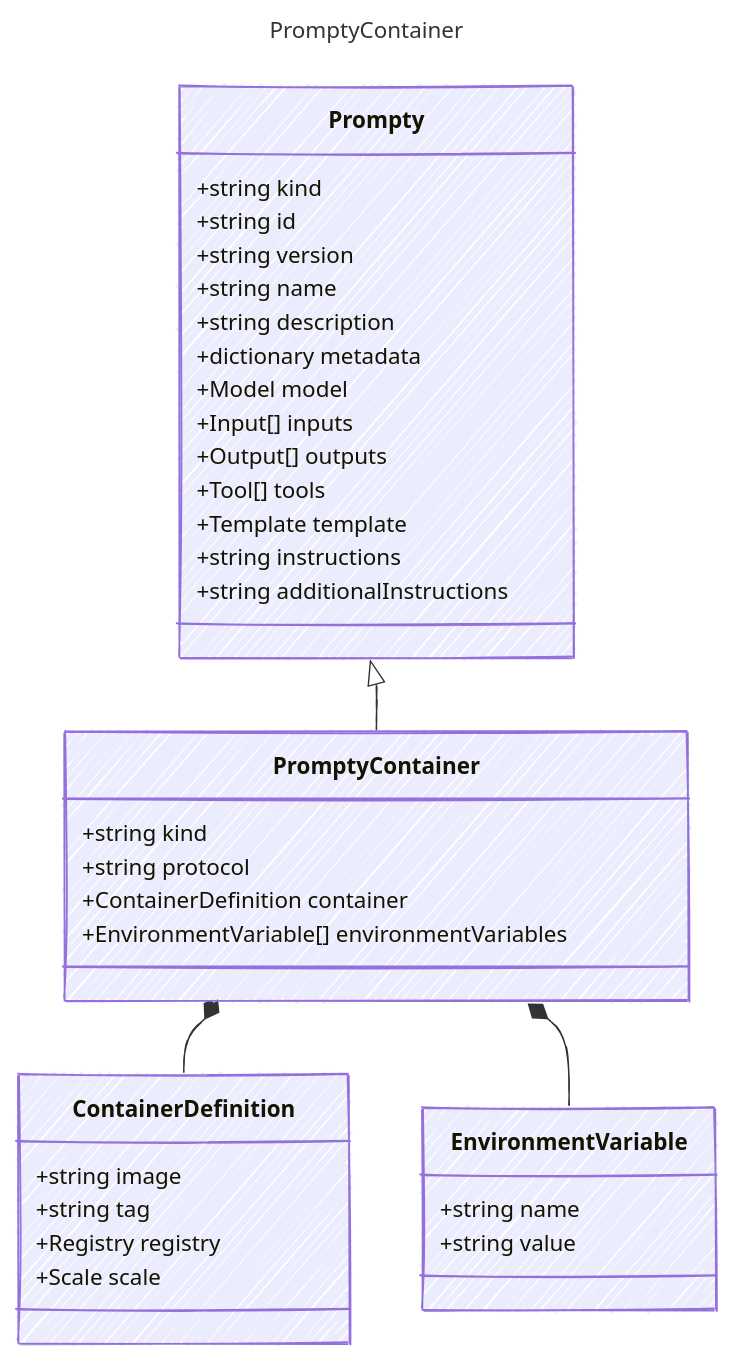
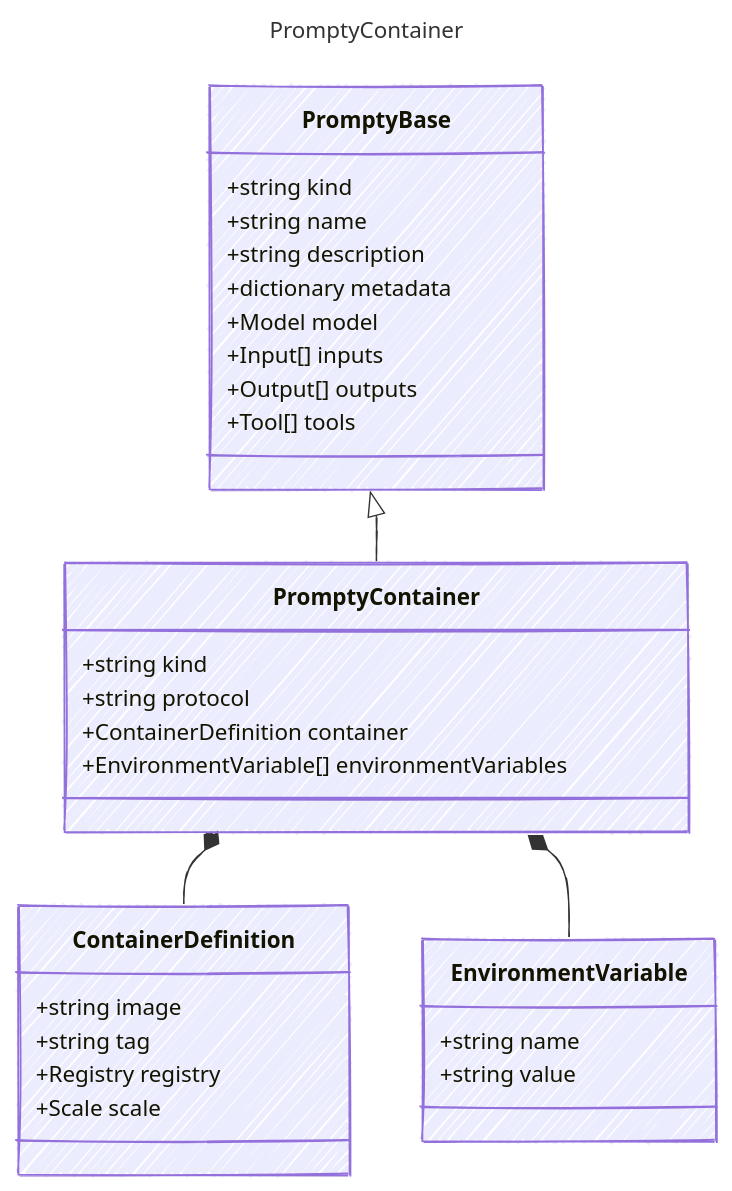
One commit to microsoft/prompty changed the diagram in specification/prompty/docs/PromptyContainer.md. Above: the diagram before and after it, drawn with Mermaid. The commit also changed other lines of this file and 51 other files, not shown here.

````diff
--- a/specification/prompty/docs/PromptyContainer.md
+++ b/specification/prompty/docs/PromptyContainer.md
@@ -13,46 +16,41 @@
 ```mermaid
 ---
 title: PromptyContainer
 config:
   look: handDrawn
   theme: colorful
   class:
     hideEmptyMembersBox: true
 ---
 classDiagram
-    class Prompty {
+    class PromptyBase {
         +string kind
-        +string id
-        +string version
         +string name
         +string description
         +dictionary metadata
         +Model model
         +Input[] inputs
         +Output[] outputs
         +Tool[] tools
-        +Template template
-        +string instructions
-        +string additionalInstructions
     }
-    Prompty <|-- PromptyContainer
+    PromptyBase <|-- PromptyContainer
     class PromptyContainer {
       
         +string kind
         +string protocol
         +ContainerDefinition container
         +EnvironmentVariable[] environmentVariables
     }
     class ContainerDefinition {
         +string image
         +string tag
         +Registry registry
         +Scale scale
     }
     PromptyContainer *-- ContainerDefinition
     class EnvironmentVariable {
         +string name
         +string value
     }
     PromptyContainer *-- EnvironmentVariable
 ```
````
